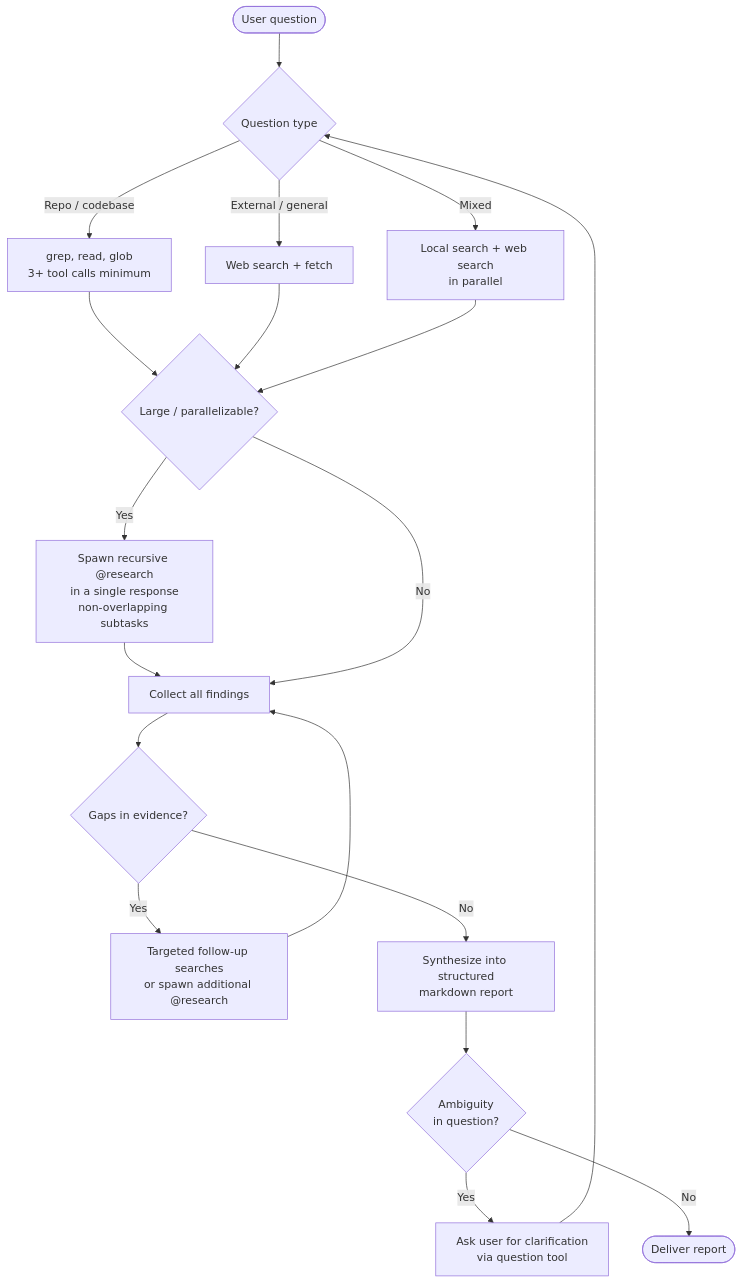
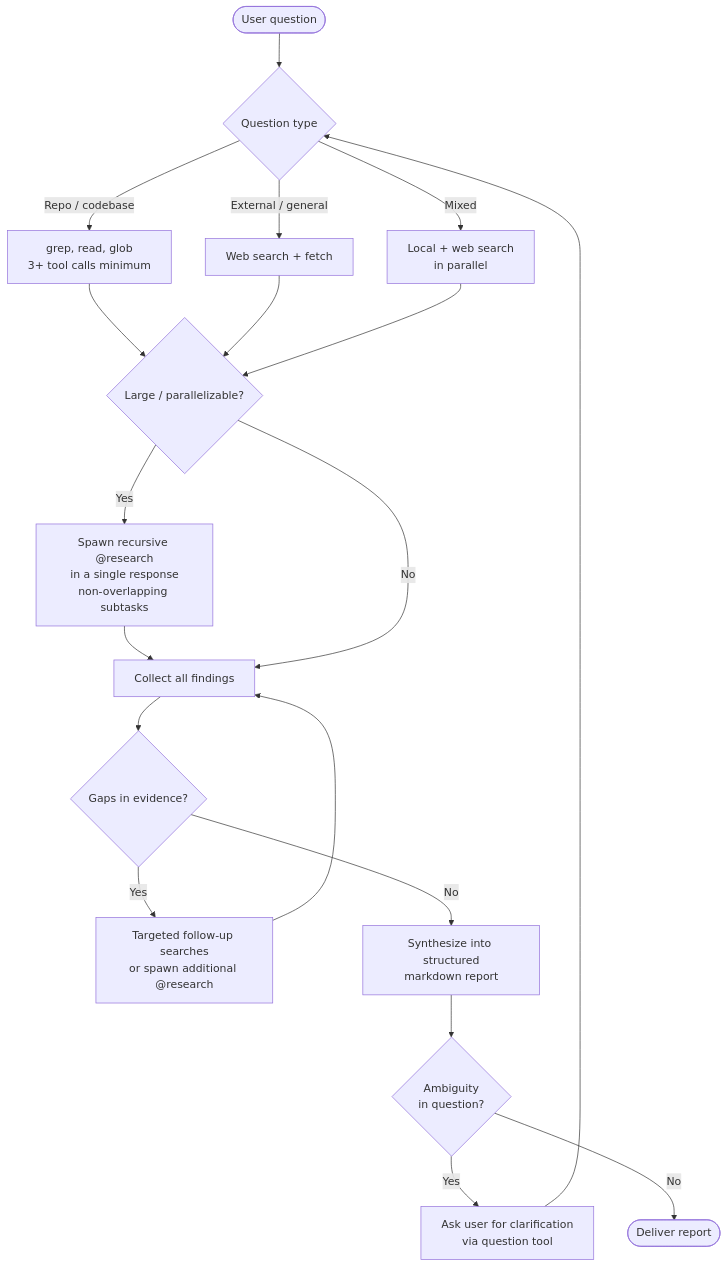
Before and after one commit to juliankahlert/opencode-config: the diagram in pages/src/absurd/research.md, drawn with Mermaid. The commit also changed other lines of this file and 17 other files, not shown here.

````diff
--- a/pages/src/absurd/research.md
+++ b/pages/src/absurd/research.md
@@ -20,26 +21,26 @@
 ```mermaid
 flowchart TD
     QUESTION([User question]) --> CLASSIFY{Question type}
 
     CLASSIFY -->|Repo / codebase| LOCAL[grep, read, glob<br/>3+ tool calls minimum]
     CLASSIFY -->|External / general| WEB[Web search + fetch]
-    CLASSIFY -->|Mixed| BOTH[Local search + web search<br/>in parallel]
+    CLASSIFY -->|Mixed| BOTH[Local + web search<br/>in parallel]
 
     LOCAL --> BIG{Large / parallelizable?}
     WEB --> BIG
     BOTH --> BIG
 
     BIG -->|Yes| SPAWN[Spawn recursive @research<br/>in a single response<br/>non-overlapping subtasks]
     SPAWN --> COLLECT
     BIG -->|No| COLLECT
 
     COLLECT[Collect all findings] --> GAPS{Gaps in evidence?}
     GAPS -->|Yes| FOLLOWUP[Targeted follow-up searches<br/>or spawn additional @research]
     FOLLOWUP --> COLLECT
     GAPS -->|No| SYNTHESIZE
 
     SYNTHESIZE[Synthesize into structured<br/>markdown report] --> CLARIFY{Ambiguity<br/>in question?}
     CLARIFY -->|Yes| ASK[Ask user for clarification<br/>via question tool]
     ASK --> CLASSIFY
     CLARIFY -->|No| DELIVER([Deliver report])
 ```
````
